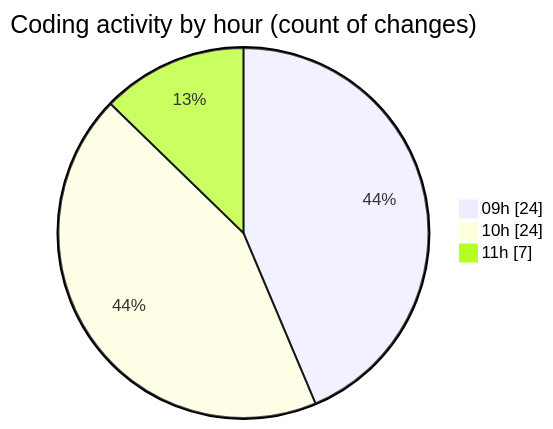
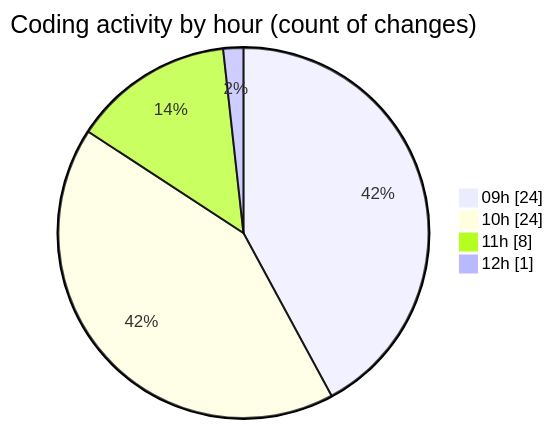
One commit to momahboobian/code-tracking changed the second of 2 diagrams in 2026-02-09/cda/README.md. Above: the diagram before and after it, drawn with Mermaid. The commit also changed other lines of this file and 1 other file, not shown here.

````diff
--- a/2026-02-09/cda/README.md
+++ b/2026-02-09/cda/README.md
@@ -48,7 +48,8 @@
 ```mermaid
 pie showData
 title Coding activity by hour (count of changes)
 "09h" : 24
 "10h" : 24
-"11h" : 7
+"11h" : 8
+"12h" : 1
 ```
````
